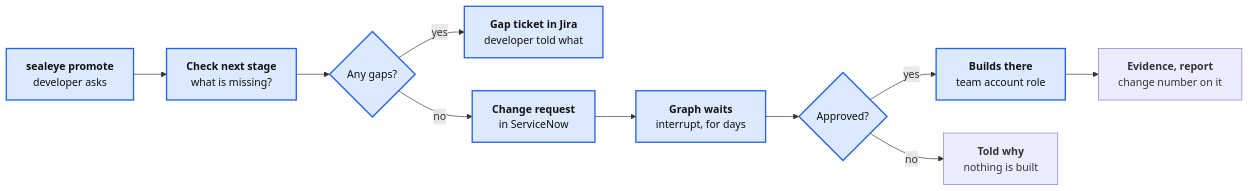
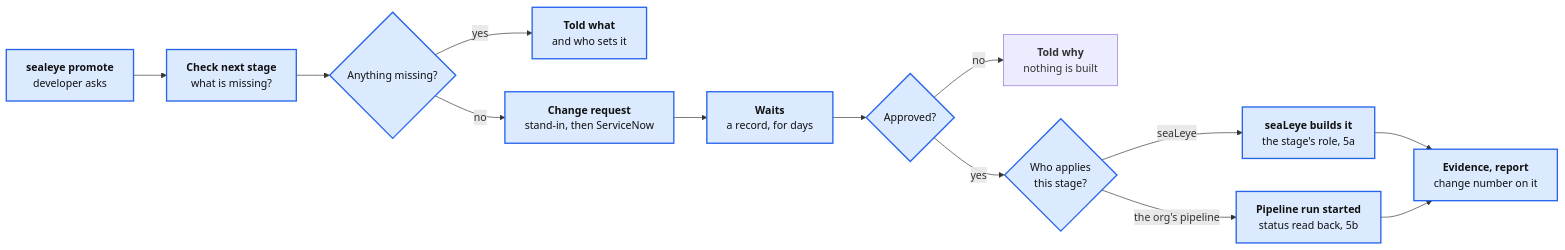
The eighth of 12 diagrams in docs/BUILD-OUT.md (GregKliewer/sealeye), drawn with Mermaid before and after one commit. The commit also changed other lines of this file and 4 other files, not shown here.

First line of the commit message:
Roadmap, build-out, open questions and architecture: every stage past dev

````diff
--- a/docs/BUILD-OUT.md
+++ b/docs/BUILD-OUT.md
@@ -280,14 +280,17 @@
 ```mermaid
 flowchart LR
   ask["<b>sealeye promote</b><br/>developer asks"] --> check["<b>Check next stage</b><br/>what is missing?"]
-  check --> gaps{"Any gaps?"}
-  gaps -- yes --> jira["<b>Gap ticket in Jira</b><br/>developer told what"]
-  gaps -- no --> snow["<b>Change request</b><br/>in ServiceNow"]
-  snow --> wait["<b>Graph waits</b><br/>interrupt, for days"]
+  check --> gaps{"Anything missing?"}
+  gaps -- yes --> told1["<b>Told what</b><br/>and who sets it"]
+  gaps -- no --> snow["<b>Change request</b><br/>stand-in, then ServiceNow"]
+  snow --> wait["<b>Waits</b><br/>a record, for days"]
   wait --> cab{"Approved?"}
-  cab -- yes --> build["<b>Builds there</b><br/>team account role"]
+  cab -- no --> told["<b>Told why</b><br/>nothing is built"]
+  cab -- yes --> who{"Who applies<br/>this stage?"}
+  who -- seaLeye --> build["<b>seaLeye builds it</b><br/>the stage's role, 5a"]
+  who -- "the org's pipeline" --> pipe["<b>Pipeline run started</b><br/>status read back, 5b"]
   build --> ev["<b>Evidence, report</b><br/>change number on it"]
-  cab -- no --> told["<b>Told why</b><br/>nothing is built"]
+  pipe --> ev
   classDef new fill:#dbeafe,stroke:#2563eb,stroke-width:2px,color:#111
-  class ask,check,gaps,jira,snow,wait,cab,build new
+  class ask,check,gaps,told1,snow,wait,cab,who,build,pipe,ev new
 ```
````
